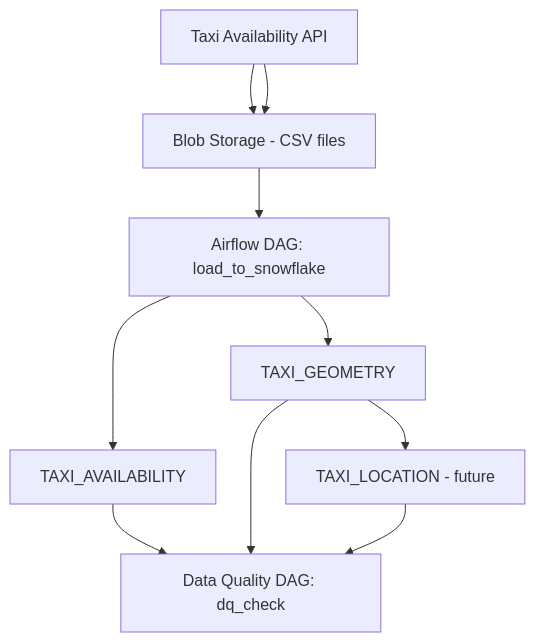
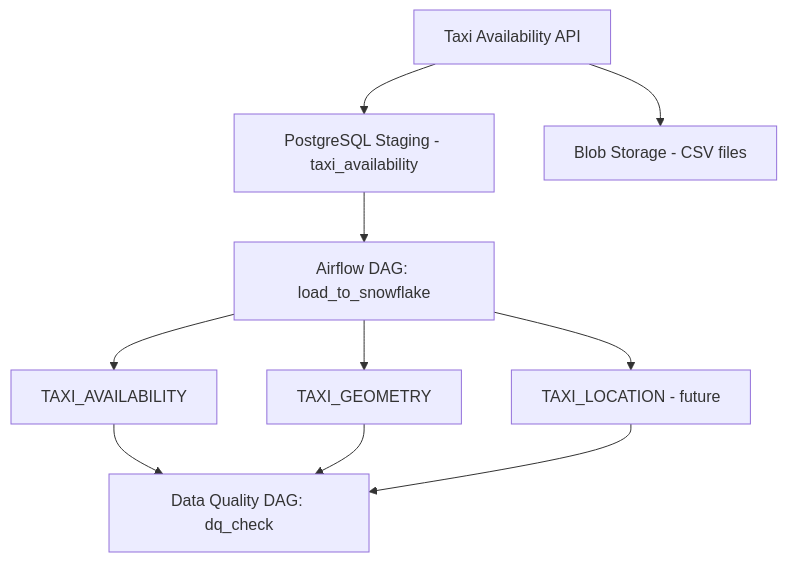
The diagram in README.md (rramadhani015/taxi-availability), drawn with Mermaid before and after one commit.

````diff
--- a/README.md
+++ b/README.md
@@ -52,12 +52,12 @@
 ```mermaid
 graph TD
     A[Taxi Availability API] --> B[PostgreSQL Staging - taxi_availability]
-    A[Taxi Availability API] --> B[Blob Storage - CSV files]
-    B --> C[Airflow DAG: load_to_snowflake]
-    C --> D[TAXI_AVAILABILITY]
-    C --> E[TAXI_GEOMETRY]
-    E --> F[TAXI_LOCATION - future]
-    D --> G[Data Quality DAG: dq_check]
-    E --> G
-    F --> G
+    A[Taxi Availability API] --> C[Blob Storage - CSV files]
+    B --> D[Airflow DAG: load_to_snowflake]
+    D --> E[TAXI_AVAILABILITY]
+    D --> F[TAXI_GEOMETRY]
+    D --> G[TAXI_LOCATION - future]
+    E --> H[Data Quality DAG: dq_check]
+    F --> H
+    G --> H
 ```
````
